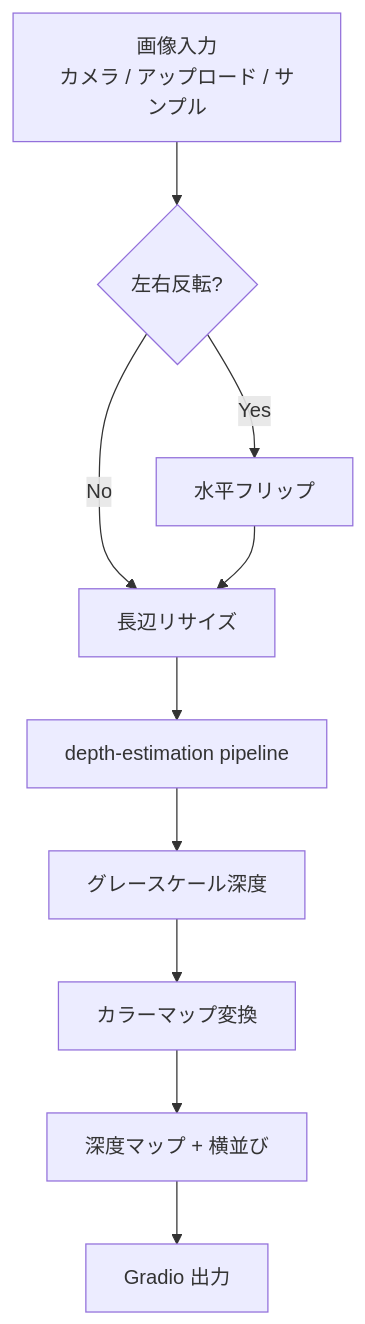
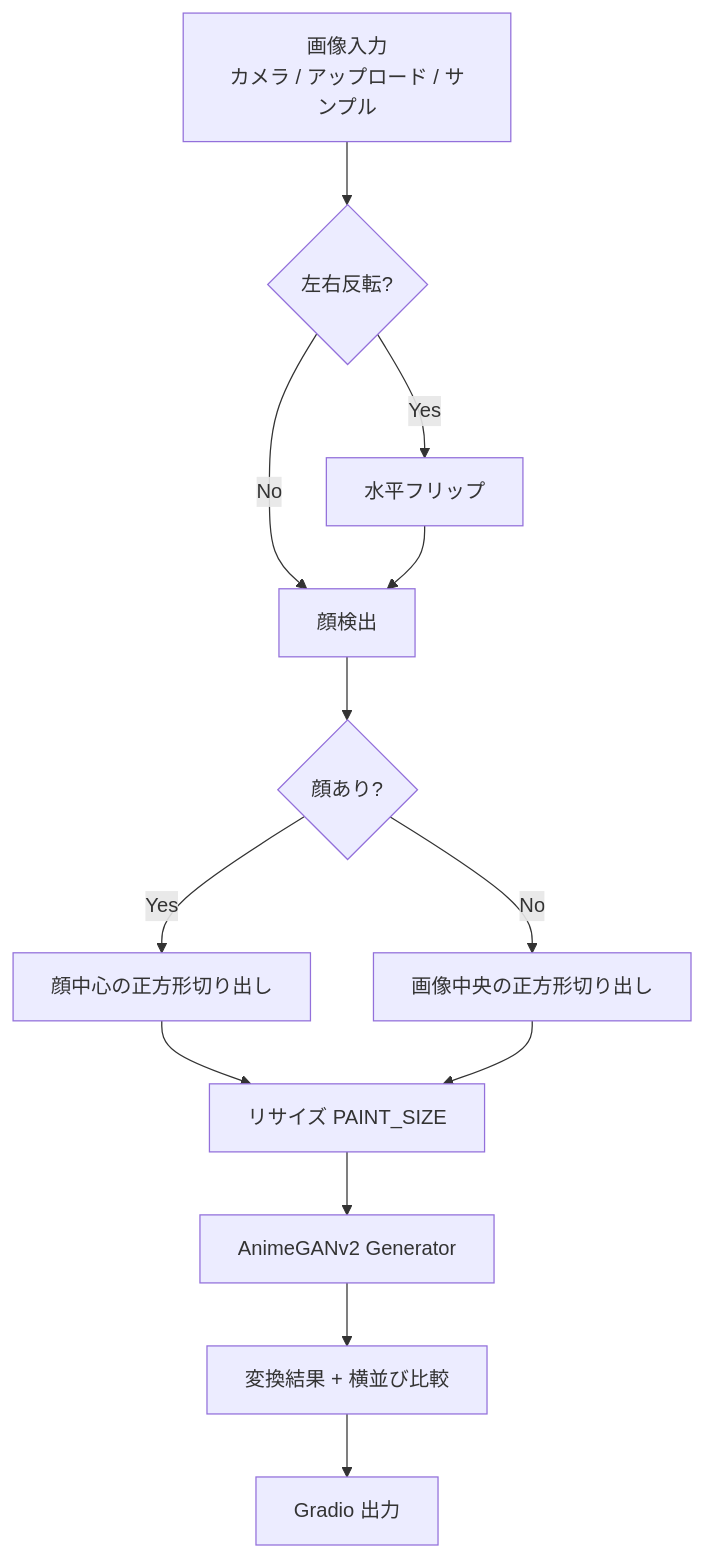
One commit to yryo1005/OpenCampus_Demo changed the first of 2 diagrams in document.md. Above: the diagram before and after it, drawn with Mermaid. The commit also changed other lines of this file and 4 other files, not shown here.

````diff
--- a/document.md
+++ b/document.md
@@ -32,12 +32,15 @@
 ```mermaid
 flowchart TD
     A[画像入力<br/>カメラ / アップロード / サンプル] --> B{左右反転?}
     B -->|Yes| C[水平フリップ]
-    B -->|No| D[長辺リサイズ]
+    B -->|No| D[顔検出]
     C --> D
-    D --> E[depth-estimation pipeline]
-    E --> F[グレースケール深度]
-    F --> G[カラーマップ変換]
-    G --> H[深度マップ + 横並び]
-    H --> I[Gradio 出力]
+    D --> E{顔あり?}
+    E -->|Yes| F[顔中心の正方形切り出し]
+    E -->|No| G[画像中央の正方形切り出し]
+    F --> H[リサイズ PAINT_SIZE]
+    G --> H
+    H --> I[AnimeGANv2 Generator]
+    I --> J[変換結果 + 横並び比較]
+    J --> K[Gradio 出力]
 ```
````
